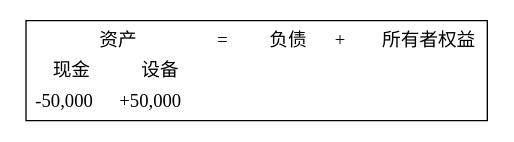
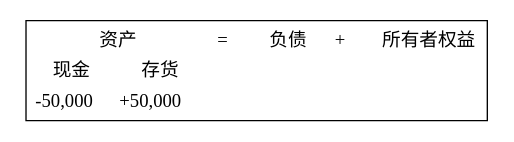
The third of 12 diagrams in org/understand-account-in-beancount/index.org (DreamAndDead/DreamAndDead.github.io), drawn with Graphviz before and after one commit. The commit also changed other lines of this file and 15 other files, not shown here.

```diff
--- a/org/understand-account-in-beancount/index.org
+++ b/org/understand-account-in-beancount/index.org
@@ -135,30 +139,30 @@
 #+begin_src dot :file images/e.g.3.png
 digraph {
 	format[label=<
 	      <table border="1" cellspacing="4">
 	        <tr>
 		  <td border="0" colspan="2" bgcolor="white">资产</td>
 		  <td border="0" bgcolor="white">  =  </td>
 		  <td border="0" bgcolor="white">  负债  </td>
 		  <td border="0" bgcolor="white">  +  </td>
 		  <td border="0" bgcolor="white">所有者权益</td>
 		</tr>
 	        <tr>
 		  <td border="0" bgcolor="white">现金</td>
-		  <td border="0" bgcolor="white">设备</td>
+		  <td border="0" bgcolor="white">存货</td>
 		  <td border="0" bgcolor="white"></td>
 		  <td border="0" bgcolor="white"></td>
 		  <td border="0" bgcolor="white"></td>
 		  <td border="0" bgcolor="white"></td>
 		</tr>
 	        <tr>
 		  <td border="0" bgcolor="white">-50,000</td>
 		  <td border="0" bgcolor="white">+50,000</td>
 		  <td border="0" bgcolor="white"></td>
 		  <td border="0" bgcolor="white"></td>
 		  <td border="0" bgcolor="white"></td>
 		</tr>
 	      </table>
 	       >, shape=none]
 }
 #+end_src
```
